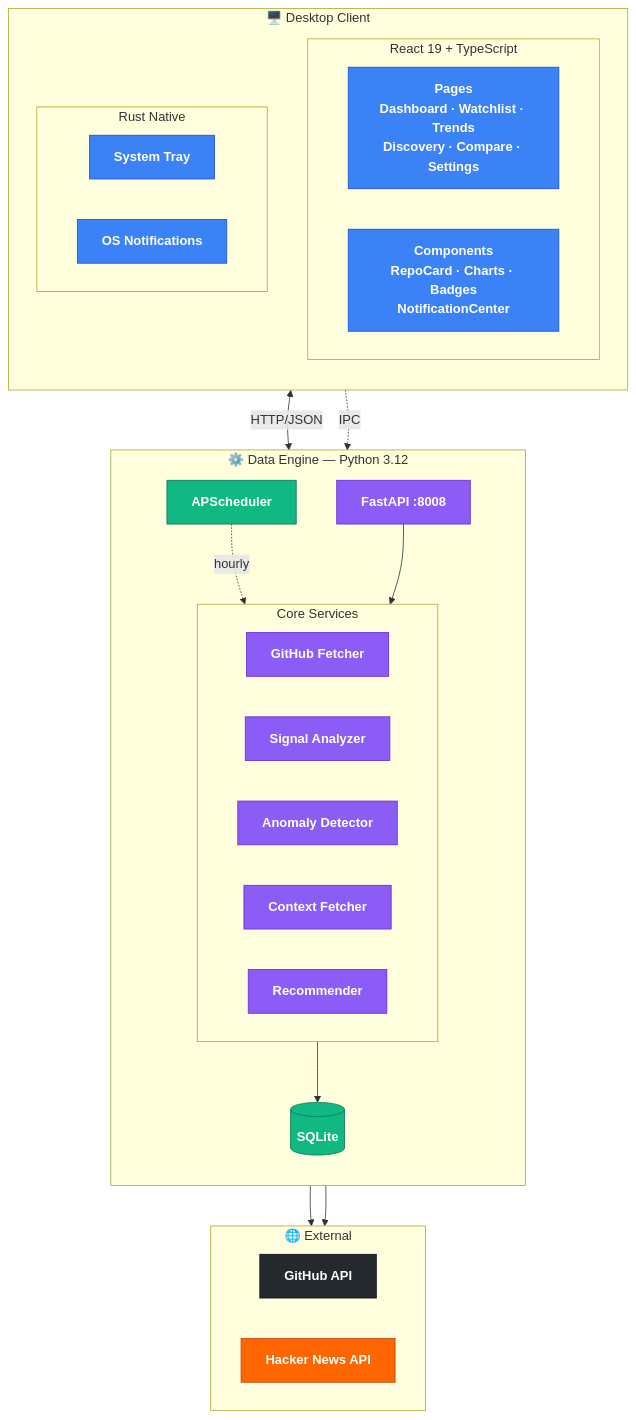
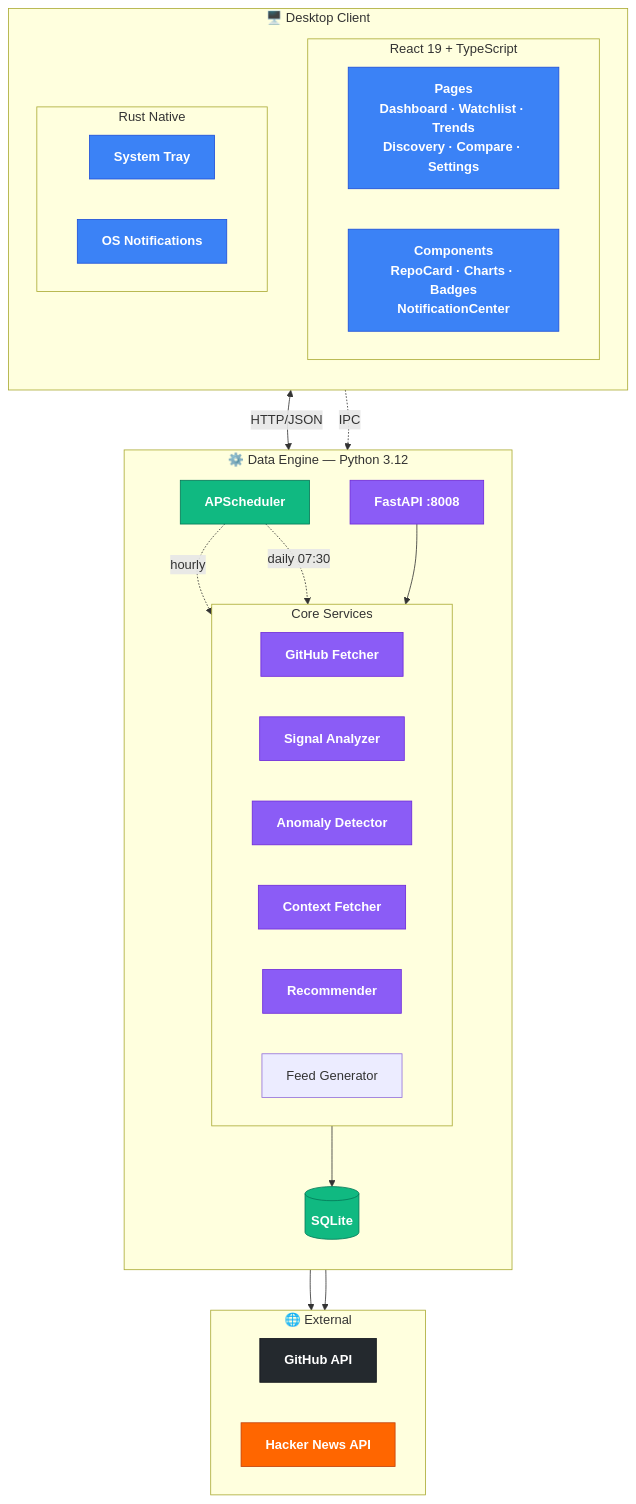
The second of 2 diagrams in README.md (Neal75418/StarScope), drawn with Mermaid before and after one commit. The commit also changed 1 other file, not shown here.

Commit message:
docs: remove mermaid init directive and sync architecture diagram
- CONTRIBUTING.md: 移除 %%{init: theme dark}%%（GitHub dark mode 會 override，light mode 使用者看到不協調配色），classDef 改用飽和 500-shade + 白字
- README.md: 架構圖補上 Feed Generator 服務與 daily 07:30 排程邊——圖表原本停留在 For You Feed 上線前的狀態

````diff
--- a/README.md
+++ b/README.md
@@ -72,57 +72,59 @@
 ```mermaid
 graph TB
     subgraph Desktop["🖥️ Desktop Client"]
         direction TB
         subgraph UI["React 19 + TypeScript"]
             direction LR
             Pages["<b>Pages</b><br/>Dashboard · Watchlist · Trends<br/>Discovery · Compare · Settings"]
             Components["<b>Components</b><br/>RepoCard · Charts · Badges<br/>NotificationCenter"]
         end
         subgraph Native["Rust Native"]
             direction LR
             Tray["System Tray"]
             Notify["OS Notifications"]
         end
     end
 
     subgraph Engine["⚙️ Data Engine — Python 3.12"]
         direction TB
         API["FastAPI :8008"]
         subgraph Services["Core Services"]
             direction LR
             Fetch["GitHub Fetcher"]
             Analyze["Signal Analyzer"]
             Detect["Anomaly Detector"]
             Context["Context Fetcher"]
             Recommend["Recommender"]
+            Feed["Feed Generator"]
         end
         DB[("SQLite")]
         Sched["APScheduler"]
         API --> Services
         Services --> DB
         Sched -.->|hourly| Fetch
+        Sched -.->|daily 07:30| Feed
     end
 
     subgraph Ext["🌐 External"]
         direction LR
         GH["GitHub API"]
         HN["Hacker News API"]
     end
 
     Components <-->|HTTP/JSON| API
     Native -.->|IPC| API
     Fetch --> GH
     Context --> HN
 
     classDef frontend fill:#3b82f6,stroke:#1d4ed8,color:#fff,font-weight:bold
     classDef backend fill:#8b5cf6,stroke:#6d28d9,color:#fff,font-weight:bold
     classDef storage fill:#10b981,stroke:#047857,color:#fff,font-weight:bold
     classDef github fill:#24292e,stroke:#0d1117,color:#fff,font-weight:bold
     classDef hackernews fill:#ff6600,stroke:#c2410c,color:#fff,font-weight:bold
 
     class Pages,Components,Tray,Notify frontend
     class API,Fetch,Analyze,Detect,Context,Recommend backend
     class DB,Sched storage
     class GH github
     class HN hackernews
 ```
````
